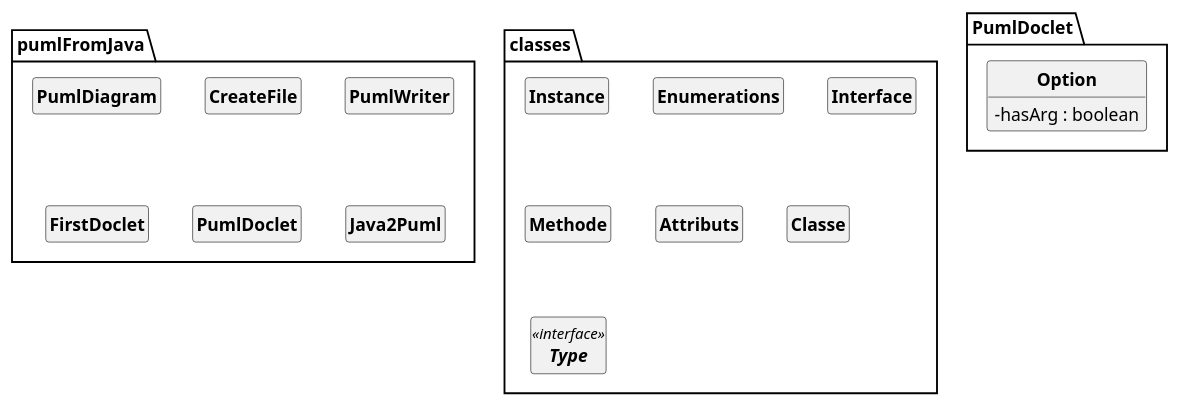
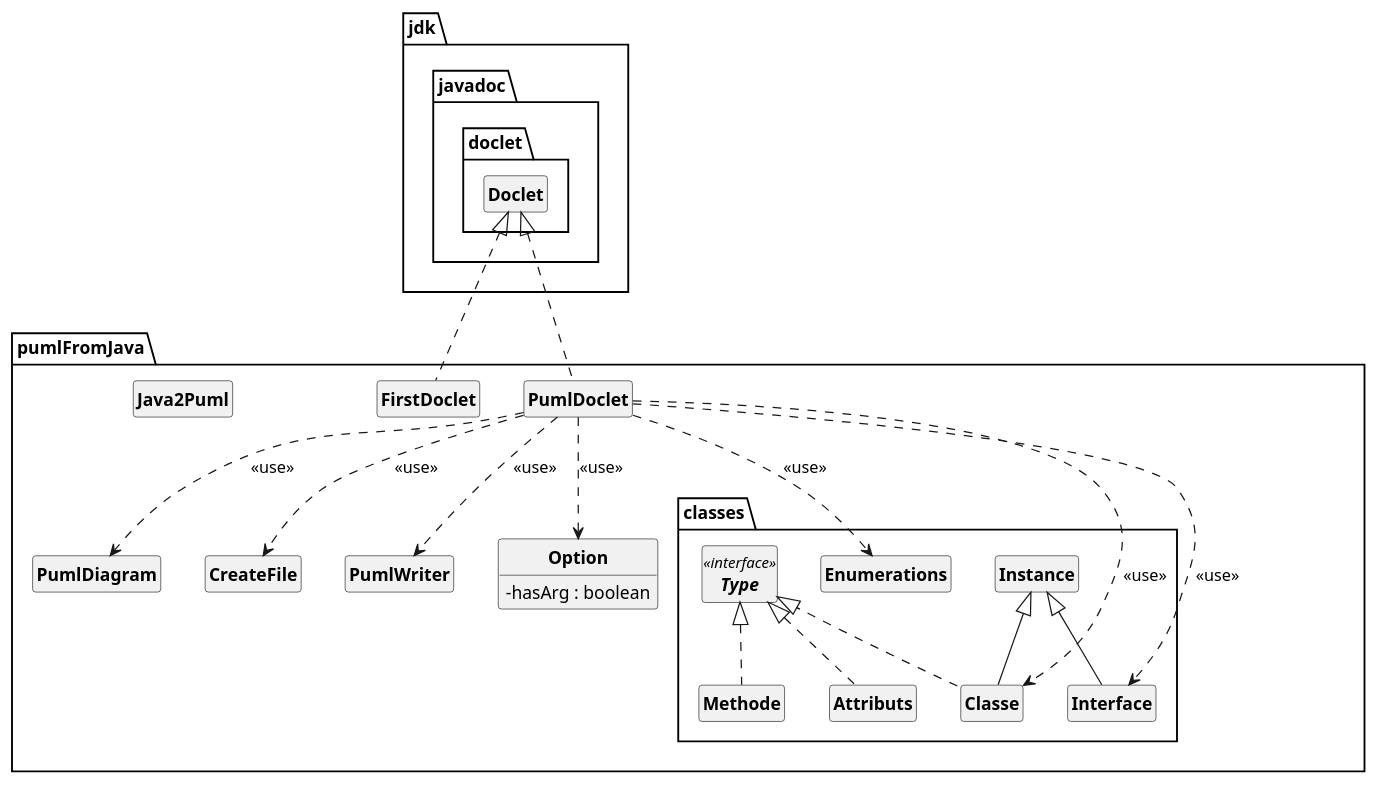
The diagram in uml/Semaine2/DCA_API_DiagramPuml.puml (MrArnaudMichel/API-PlantUML-Parser), drawn with PlantUML before and after one commit.

Commit message:
Semaine 2 terminé - Rajout de l'option --help et --DCA. - Génération du DCA demandé. - Création d'un début de DCC (enlever --DCA de la commande) - Division du code en beaucoup de classe. - DCC API - Modif génération puml et création classe. ajout de

```diff
--- a/uml/Semaine2/DCA_API_DiagramPuml.puml
+++ b/uml/Semaine2/DCA_API_DiagramPuml.puml
@@ -1,50 +1,68 @@
 @startuml
 'https://plantuml.com/class-diagram
 skinparam classAttributeIconSize 0
 skinparam classFontStyle Bold
 skinparam style strictuml
 hide empty members
 
 class pumlFromJava.PumlDiagram {
 }
 class pumlFromJava.CreateFile {
 }
 class pumlFromJava.PumlWriter {
 }
 class pumlFromJava.FirstDoclet {
 }
 class pumlFromJava.PumlDoclet {
 }
 class pumlFromJava.Java2Puml {
 }
-class classes.Instance {
+class pumlFromJava.classes.Instance {
 }
-class classes.Enumerations {
+class pumlFromJava.classes.Enumerations {
 }
-class classes.Interface {
+class pumlFromJava.classes.Interface {
 }
-class classes.Methode {
+class pumlFromJava.classes.Methode {
 }
-class classes.Attributs {
+class pumlFromJava.classes.Attributs {
 }
-class classes.Classe {
+class pumlFromJava.classes.Classe {
 }
 class pumlFromJava.PumlDiagram {
 }
 class pumlFromJava.CreateFile {
 }
 class pumlFromJava.PumlWriter {
 }
 class pumlFromJava.FirstDoclet {
 }
 class pumlFromJava.PumlDoclet {
 }
 class pumlFromJava.Java2Puml {
 }
-class PumlDoclet.Option {
+class pumlFromJava.Option {
 - hasArg : boolean
 }
-interface classes.Type<<interface>> {
+interface pumlFromJava.classes.Type<<interface>> {
 }
 
+pumlFromJava.classes.Instance <|-- pumlFromJava.classes.Interface
+jdk.javadoc.doclet.Doclet <|.. pumlFromJava.FirstDoclet
+jdk.javadoc.doclet.Doclet <|.. pumlFromJava.PumlDoclet
+pumlFromJava.PumlDoclet +.. pumlFromJava.PumlDoclet.Option
+pumlFromJava.Option <|.. pumlFromJava.PumlDoclet.Option
+pumlFromJava.classes.Type <|.. pumlFromJava.classes.Methode
+pumlFromJava.classes.Type <|.. pumlFromJava.classes.Classe
+pumlFromJava.classes.Instance <|-- pumlFromJava.classes.Classe
+pumlFromJava.classes.Type <|.. pumlFromJava.classes.Attributs
+
+pumlFromJava.PumlDoclet ..> pumlFromJava.Option : <<use>>
+pumlFromJava.PumlDoclet ..> pumlFromJava.PumlDiagram : <<use>>
+pumlFromJava.PumlDoclet ..> pumlFromJava.CreateFile : <<use>>
+pumlFromJava.PumlDoclet ..> pumlFromJava.PumlWriter : <<use>>
+pumlFromJava.PumlDoclet ..> pumlFromJava.classes.Classe : <<use>>
+pumlFromJava.PumlDoclet ..> pumlFromJava.classes.Interface : <<use>>
+pumlFromJava.PumlDoclet ..> pumlFromJava.classes.Enumerations : <<use>>
+
 @enduml
```
